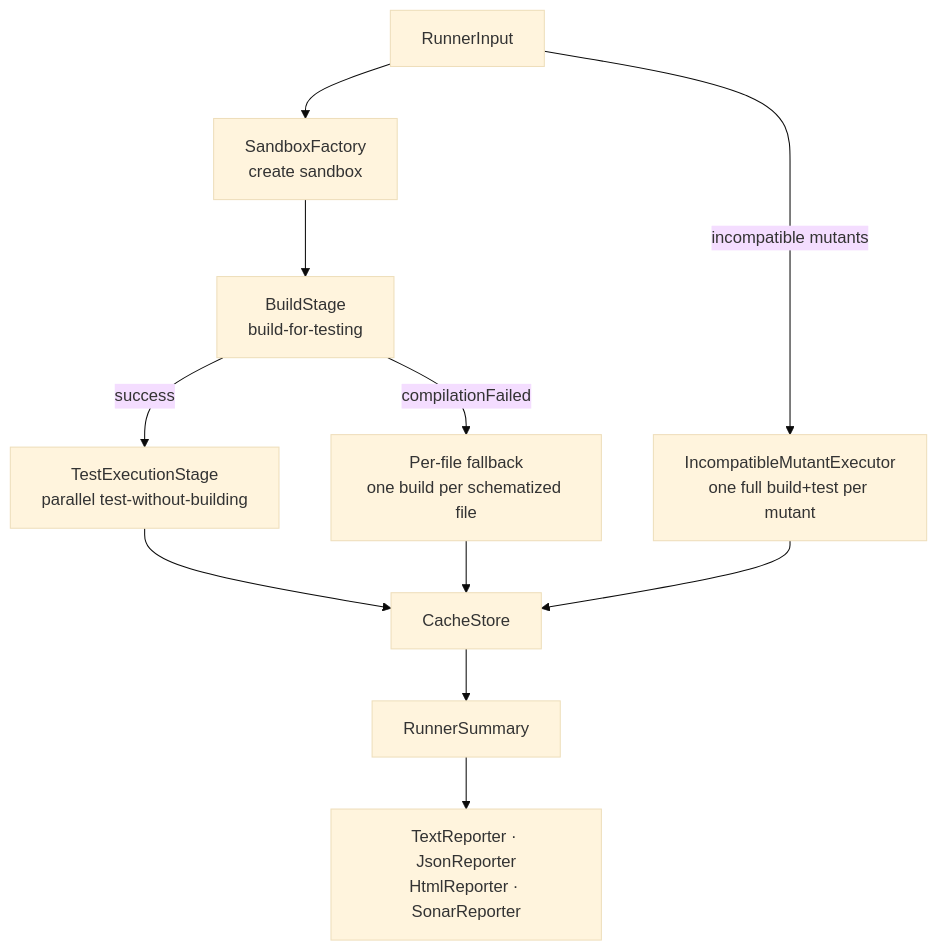
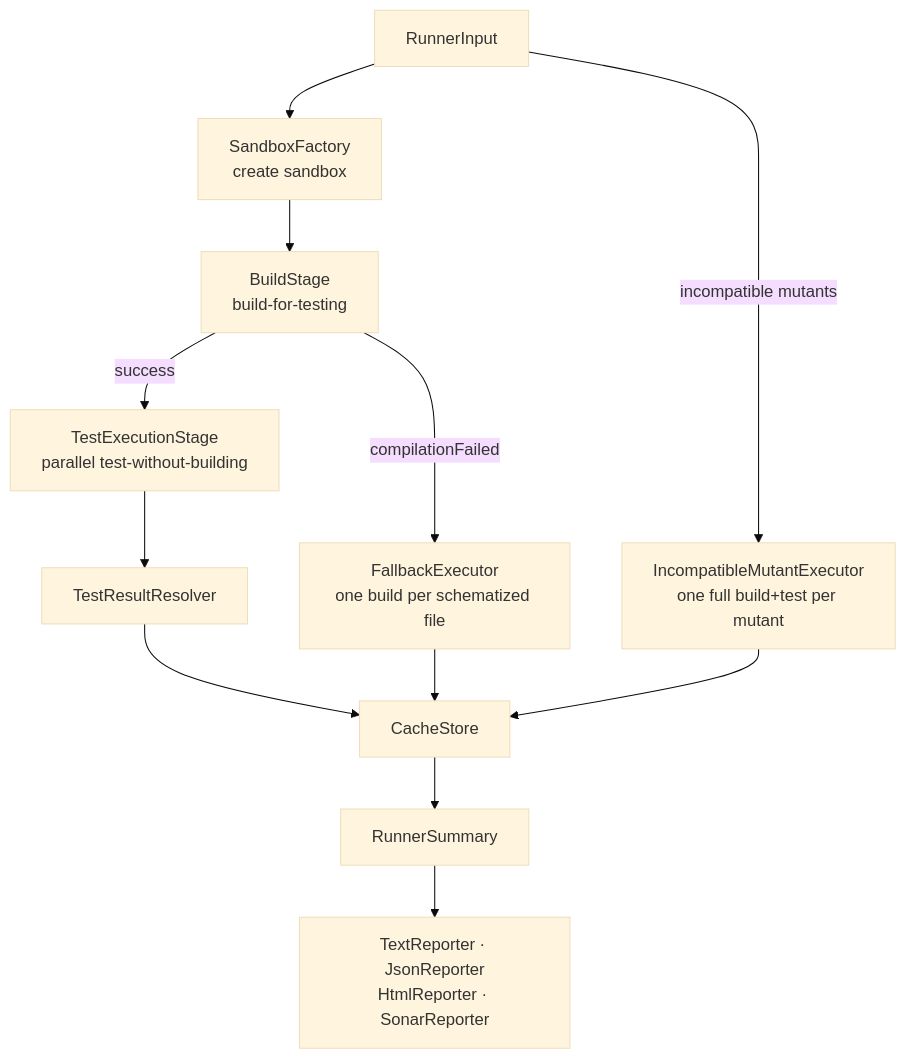
One commit to ericodx/swift-mutation-testing changed the first of 6 diagrams in Docs/Architecture/03-execution.md. Above: the diagram before and after it, drawn with Mermaid (base theme). The commit also changed other lines of this file and 5 other files, not shown here.

Commit message:
docs: update architecture documentation

````diff
--- a/Docs/Architecture/03-execution.md
+++ b/Docs/Architecture/03-execution.md
@@ -11,13 +11,14 @@
 ```mermaid
 flowchart TD
     IN[RunnerInput] --> SF[SandboxFactory\ncreate sandbox]
     SF --> BS[BuildStage\nbuild-for-testing]
     BS -- success --> TES[TestExecutionStage\nparallel test-without-building]
-    BS -- compilationFailed --> FBP[Per-file fallback\none build per schematized file]
-    TES --> CACHE[CacheStore]
+    BS -- compilationFailed --> FBP[FallbackExecutor\none build per schematized file]
+    TES --> TR[TestResultResolver]
+    TR --> CACHE[CacheStore]
     FBP --> CACHE
     IN -- incompatible mutants --> IME[IncompatibleMutantExecutor\none full build+test per mutant]
     IME --> CACHE
     CACHE --> SUM[RunnerSummary]
     SUM --> REPORTERS[TextReporter · JsonReporter\nHtmlReporter · SonarReporter]
 ```
````
